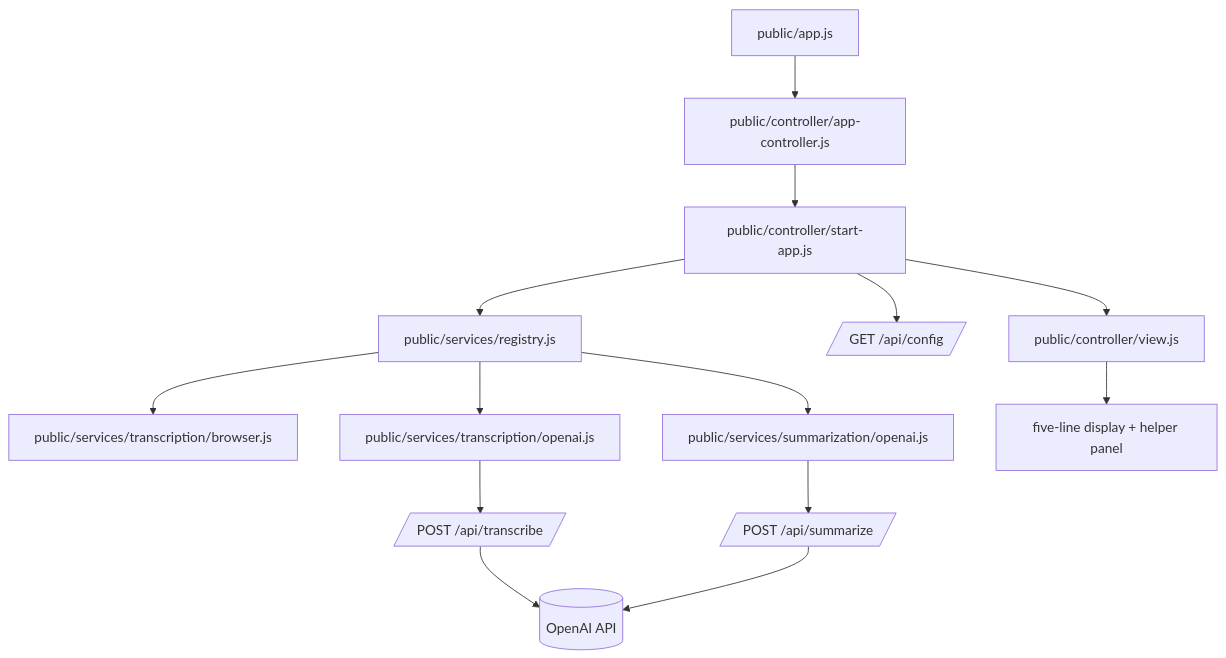
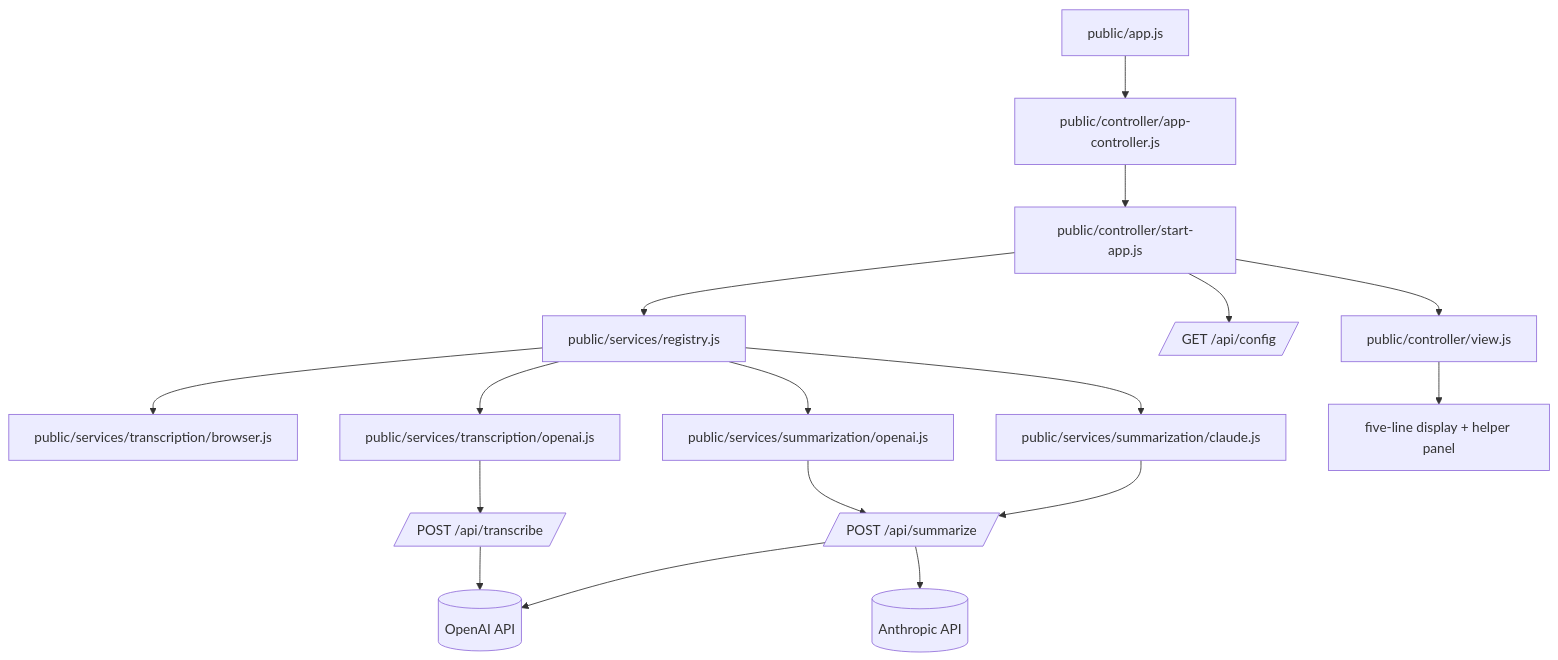
Before and after one commit to senigami/meeting-companion: the diagram in docs/02-system-architecture.md, drawn with Mermaid. The commit also changed other lines of this file and 30 other files, not shown here.

Commit message:
Add Claude summarization support

````diff
--- a/docs/02-system-architecture.md
+++ b/docs/02-system-architecture.md
@@ -15,16 +15,19 @@
 ```mermaid
 graph TD
   Boot[public/app.js] --> Controller[public/controller/app-controller.js]
   Controller --> Runtime[public/controller/start-app.js]
   Runtime --> Registry[public/services/registry.js]
   Registry --> BrowserTx[public/services/transcription/browser.js]
   Registry --> OpenAITx[public/services/transcription/openai.js]
   Registry --> OpenAISummary[public/services/summarization/openai.js]
+  Registry --> ClaudeSummary[public/services/summarization/claude.js]
   Runtime --> Config[/GET /api/config/]
   OpenAITx --> Transcribe[/POST /api/transcribe/]
   OpenAISummary --> Summarize[/POST /api/summarize/]
+  ClaudeSummary --> Summarize
   Transcribe --> OpenAI[(OpenAI API)]
   Summarize --> OpenAI
+  Summarize --> Claude[(Anthropic API)]
   Runtime --> View[public/controller/view.js]
   View --> UIState[five-line display + helper panel]
 ```
````
